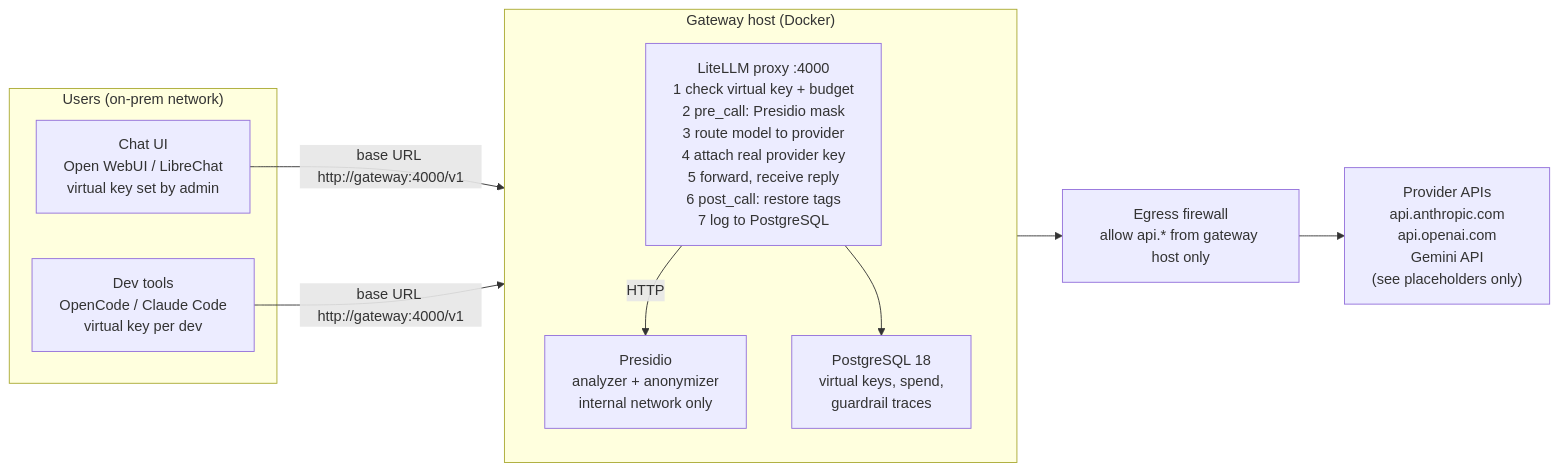
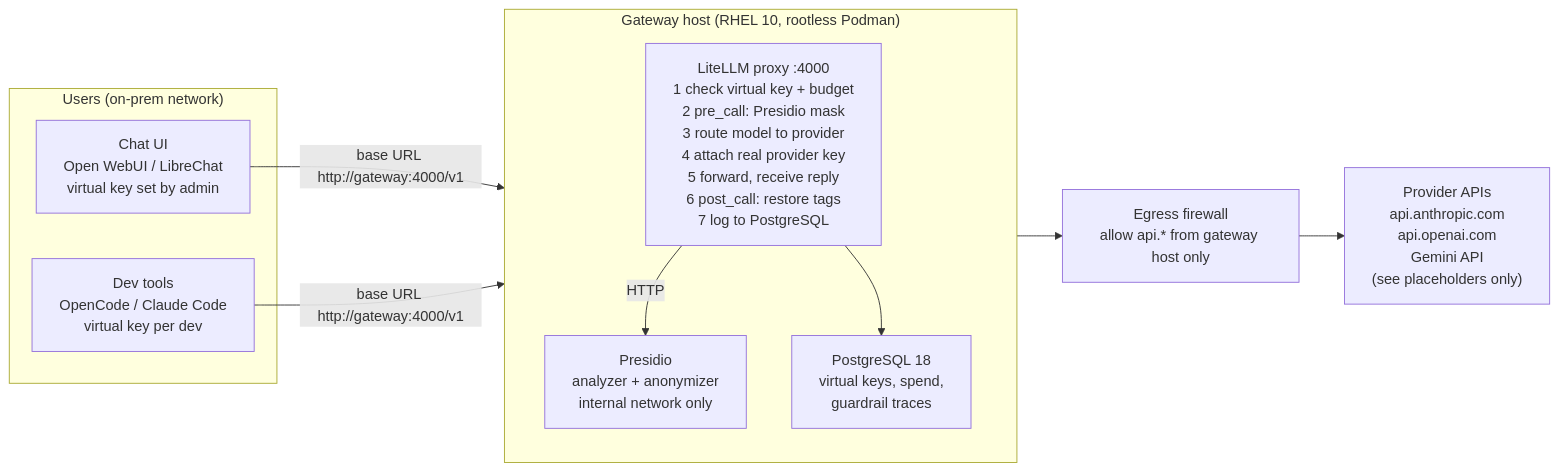
The diagram in README.md (nafud/litellm), drawn with Mermaid before and after one commit. The commit also changed other lines of this file and 26 other files, not shown here.

First line of the commit message:
Phase 0.1: switch to rootless Podman + Quadlet on RHEL 10 with /opt layout

````diff
--- a/README.md
+++ b/README.md
@@ -14,20 +14,20 @@
 ```mermaid
 flowchart LR
   subgraph clients["Users (on-prem network)"]
     ui["Chat UI<br/>Open WebUI / LibreChat<br/>virtual key set by admin"]
     dev["Dev tools<br/>OpenCode / Claude Code<br/>virtual key per dev"]
   end
-  subgraph host["Gateway host (Docker)"]
+  subgraph host["Gateway host (RHEL 10, rootless Podman)"]
     direction TB
     litellm["LiteLLM proxy :4000<br/>1 check virtual key + budget<br/>2 pre_call: Presidio mask<br/>3 route model to provider<br/>4 attach real provider key<br/>5 forward, receive reply<br/>6 post_call: restore tags<br/>7 log to PostgreSQL"]
     presidio["Presidio<br/>analyzer + anonymizer<br/>internal network only"]
     pg["PostgreSQL 18<br/>virtual keys, spend,<br/>guardrail traces"]
     litellm -- HTTP --> presidio
     litellm --> pg
   end
   fw["Egress firewall<br/>allow api.* from gateway host only"]
   prov["Provider APIs<br/>api.anthropic.com<br/>api.openai.com<br/>Gemini API<br/>(see placeholders only)"]
   ui -- "base URL http://gateway:4000/v1" --> litellm
   dev -- "base URL http://gateway:4000/v1" --> litellm
   litellm --> fw --> prov
 ```
````
